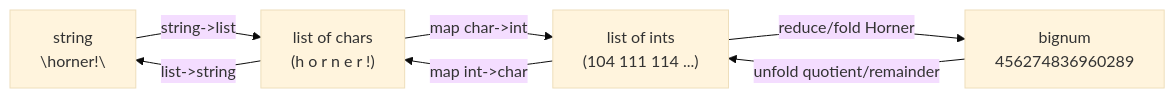
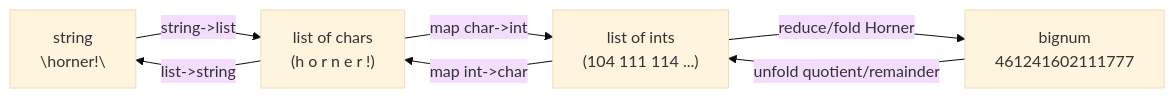
One commit to aygp-dr/horner-fold changed the diagram in horner-fold.org. Above: the diagram before and after it, drawn with Mermaid (base theme). The commit also changed 14 other files, not shown here.

First line of the commit message:
Add test suites, Makefile, and diagrams from expert review

```diff
--- a/horner-fold.org
+++ b/horner-fold.org
@@ -25,13 +25,13 @@
 #+BEGIN_SRC mermaid :file horner-pipeline.png
 flowchart LR
     S["string\n\"horner!\""]
     L["list of chars\n(h o r n e r !)"]
     I["list of ints\n(104 111 114 ...)"]
-    N["bignum\n456274836960289"]
+    N["bignum\n461241602111777"]
     S -->|string->list| L
     L -->|map char->int| I
     I -->|reduce/fold Horner| N
     N -->|unfold quotient/remainder| I
     I -->|map int->char| L
     L -->|list->string| S
 #+END_SRC
```
